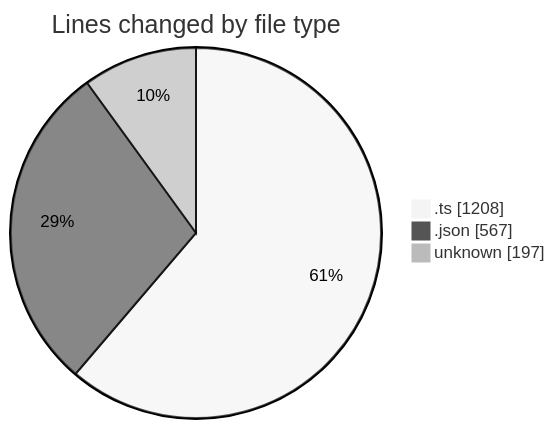
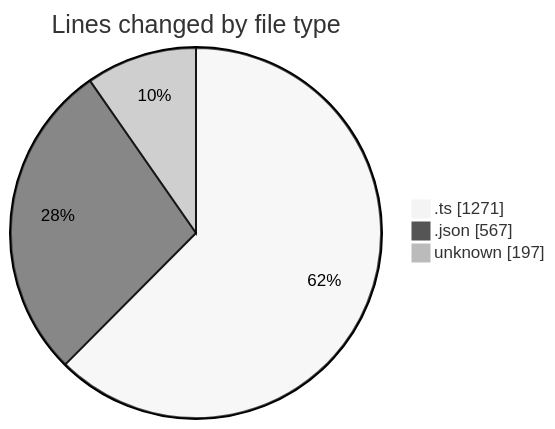
The first of 2 diagrams in 2025-08-24/chatgpt-extension/README.md (EIIisD/code-tracking), drawn with Mermaid (neutral theme) before and after one commit. The commit also changed other lines of this file and 1 other file, not shown here.

````diff
--- a/2025-08-24/chatgpt-extension/README.md
+++ b/2025-08-24/chatgpt-extension/README.md
@@ -24,7 +25,7 @@
 ```mermaid
 pie showData
 title Lines changed by file type
-".ts" : 1208
+".ts" : 1271
 ".json" : 567
 "unknown" : 197
 ```
````
